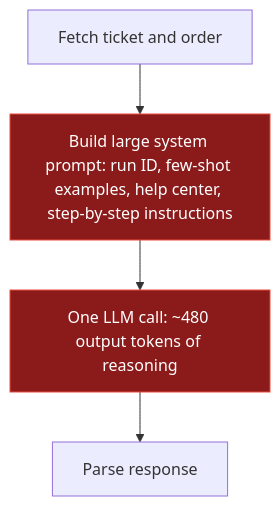
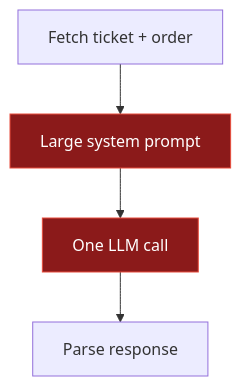
The first of 4 diagrams in question1/SUBMISSION.md (AnishKmSingh/intern-assignment-llm-cost-optimization), drawn with Mermaid before and after one commit. The commit also changed other lines of this file, not shown here.

First line of the commit message:
Refactor submission with updated flowcharts and details

````diff
--- a/question1/SUBMISSION.md
+++ b/question1/SUBMISSION.md
@@ -6,9 +6,10 @@
 ```mermaid
+%%{init: {"flowchart": {"htmlLabels": false}}}%%
 flowchart TD
-    A["Fetch ticket and order"] --> B["Build large system prompt: run ID, few-shot examples, help center, step-by-step instructions"]
-    B --> C["One LLM call: ~480 output tokens of reasoning"]
+    A["Fetch ticket + order"] --> B["Large system prompt"]
+    B --> C["One LLM call"]
     C --> D["Parse response"]
 
     classDef bad fill:#8b1a1a,stroke:#e74c3c,color:#ffffff
     class B,C bad
 ```
````
